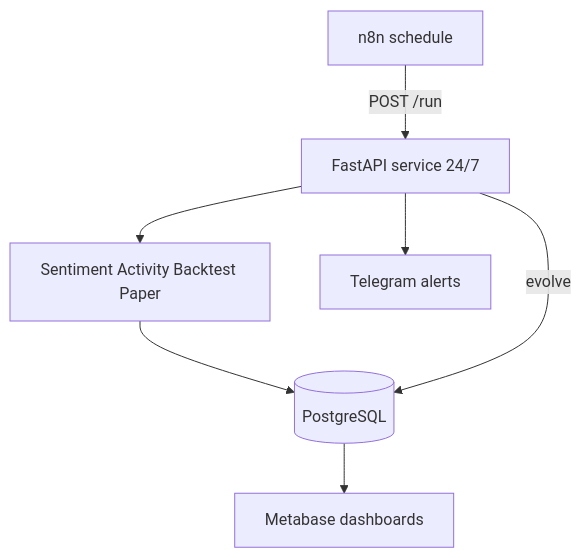
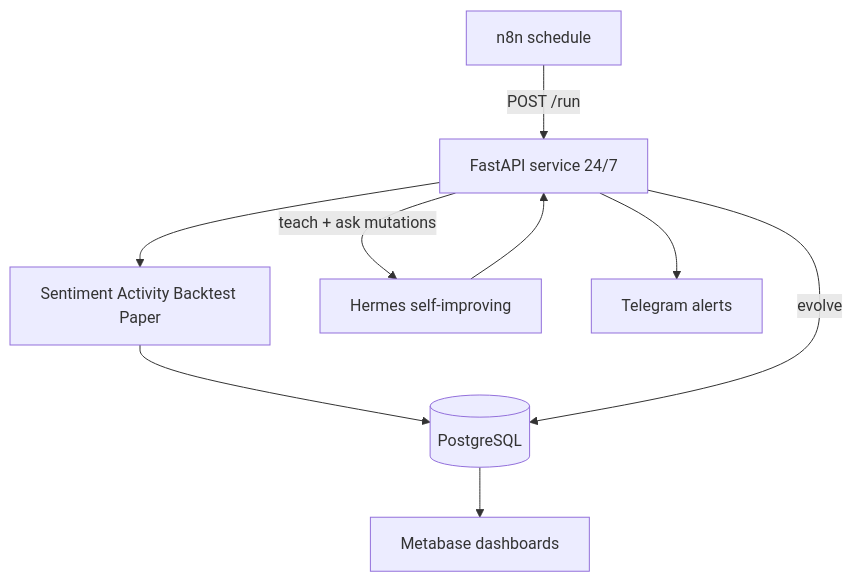
One commit to kulrajsrajpal-byte/us-stock-agents changed the diagram in RAILWAY.md. Above: the diagram before and after it, drawn with Mermaid. The commit also changed other lines of this file and 15 other files, not shown here.

````diff
--- a/RAILWAY.md
+++ b/RAILWAY.md
@@ -22,9 +25,11 @@
 ```mermaid
 flowchart TB
   n8n[n8n schedule] -->|POST /run| api[FastAPI service 24/7]
   api --> agents[Sentiment Activity Backtest Paper]
   agents --> pg[(PostgreSQL)]
+  api -->|teach + ask mutations| hermes[Hermes self-improving]
+  hermes --> api
   api --> tg[Telegram alerts]
   pg --> mb[Metabase dashboards]
   api -->|evolve| pg
 ```
````
